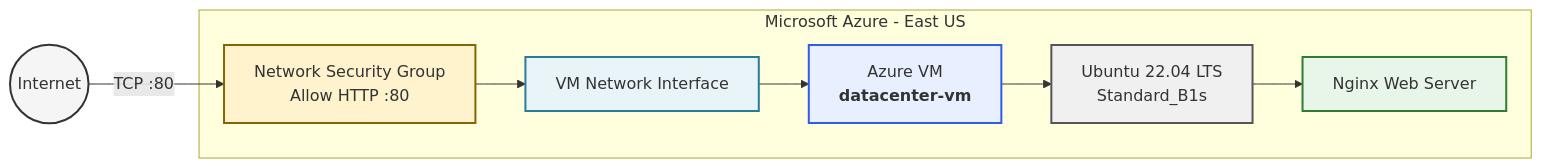
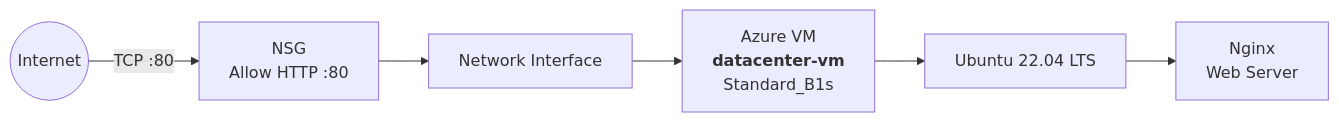
The diagram in Azure/Virtual-Machines/23-Create-VM-with-Nginx/README.md (aman-khadiya/cloud-labs), drawn with Mermaid before and after one commit.

Commit message:
Add Azure VM Nginx web server lab

````diff
--- a/Azure/Virtual-Machines/23-Create-VM-with-Nginx/README.md
+++ b/Azure/Virtual-Machines/23-Create-VM-with-Nginx/README.md
@@ -78,25 +78,15 @@
 ```mermaid
 flowchart LR
-    Internet((Internet))
+    A((Internet))
+    B["NSG<br/>Allow HTTP :80"]
+    C["Network Interface"]
+    D["Azure VM<br/><b>datacenter-vm</b><br/>Standard_B1s"]
+    E["Ubuntu 22.04 LTS"]
+    F["Nginx<br/>Web Server"]
 
-    subgraph Azure["Microsoft Azure - East US"]
-        NSG["Network Security Group<br/>Allow HTTP :80"]
-        NIC["VM Network Interface"]
-        VM["Azure VM<br/><b>datacenter-vm</b>"]
-        OS["Ubuntu 22.04 LTS<br/>Standard_B1s"]
-        NGINX["Nginx Web Server"]
-    end
-
-    Internet -->|"TCP :80"| NSG
-    NSG --> NIC
-    NIC --> VM
-    VM --> OS
-    OS --> NGINX
-
-    style Internet fill:#f5f5f5,stroke:#333,stroke-width:2px
-    style NSG fill:#fff3cd,stroke:#856404,stroke-width:2px
-    style NIC fill:#e8f4f8,stroke:#287b9a,stroke-width:2px
-    style VM fill:#e8f0ff,stroke:#2f5bea,stroke-width:2px
-    style OS fill:#f0f0f0,stroke:#555,stroke-width:2px
-    style NGINX fill:#e8f5e9,stroke:#2e7d32,stroke-width:2px
+    A -->|TCP :80| B
+    B --> C
+    C --> D
+    D --> E
+    E --> F
 ```
````
